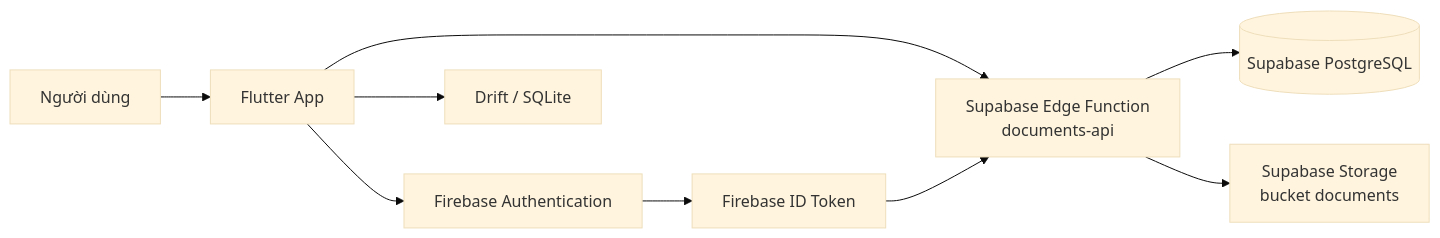
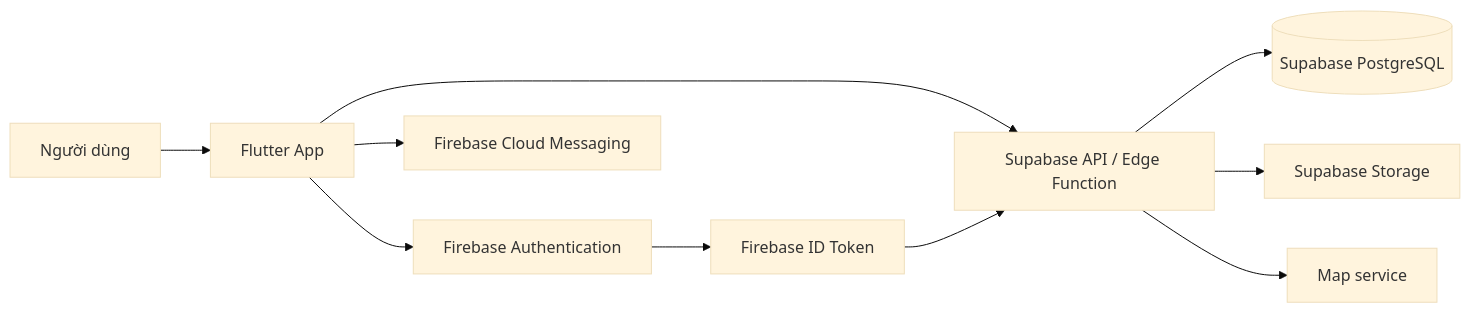
The diagram in README.md (lucthuan1601/TH2_quan_ly_tai_lieu_hoc_Tap), drawn with Mermaid (base theme) before and after one commit. The commit also changed other lines of this file, not shown here.

````diff
--- a/README.md
+++ b/README.md
@@ -34,11 +55,12 @@
 ```mermaid
 flowchart LR
     USER[Người dùng] --> APP[Flutter App]
     APP --> AUTH[Firebase Authentication]
     AUTH --> TOKEN[Firebase ID Token]
-    APP --> API[Supabase Edge Function<br/>documents-api]
+    APP --> MSG[Firebase Cloud Messaging]
+    APP --> API[Supabase API / Edge Function]
     TOKEN --> API
     API --> DB[(Supabase PostgreSQL)]
-    API --> STORAGE[Supabase Storage<br/>bucket documents]
-    APP --> CACHE[Drift / SQLite]
+    API --> STORAGE[Supabase Storage]
+    API --> MAP[Map service]
 ```
````
